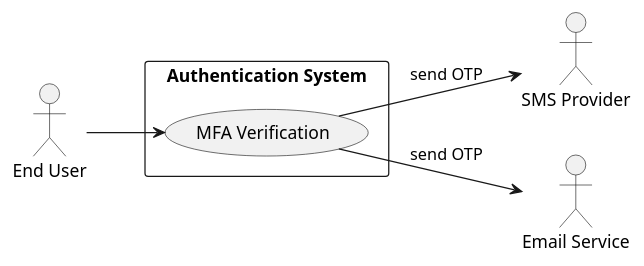
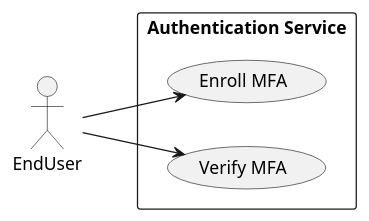
The fourth of 7 diagrams in .propel/context/docs/spec.md (Bimmi-kumari-singh/Agent-testing), drawn with PlantUML before and after one commit. The commit also changed other lines of this file, not shown here.

````diff
--- a/.propel/context/docs/spec.md
+++ b/.propel/context/docs/spec.md
@@ -370,18 +350,15 @@
 ```plantuml
 @startuml
 left to right direction
 skinparam packageStyle rectangle
 
-actor "End User" as User
-actor "SMS Provider" as SMS
-actor "Email Service" as Email
-
-rectangle "Authentication System" {
-  usecase (MFA Verification) as UC4
+actor EndUser
+rectangle "Authentication Service" {
+  usecase (Enroll MFA) as UC_E
+  usecase (Verify MFA) as UC_V
 }
 
-User --> UC4
-UC4 --> SMS : send OTP
-UC4 --> Email : send OTP
+EndUser --> UC_E
+EndUser --> UC_V
 @enduml
 ```
````
